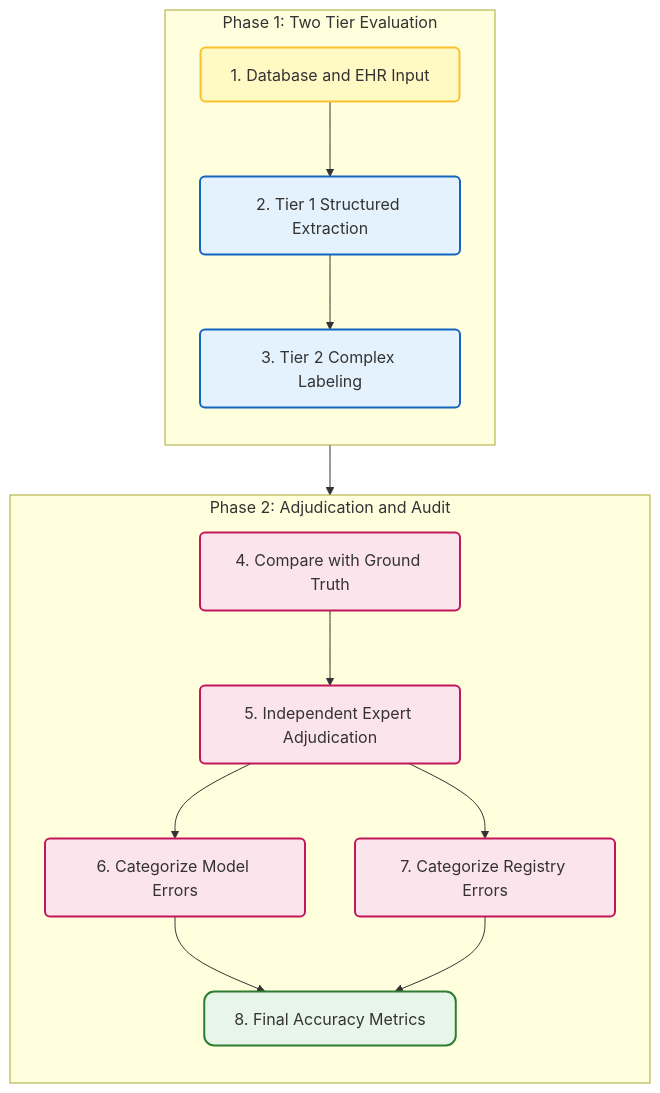
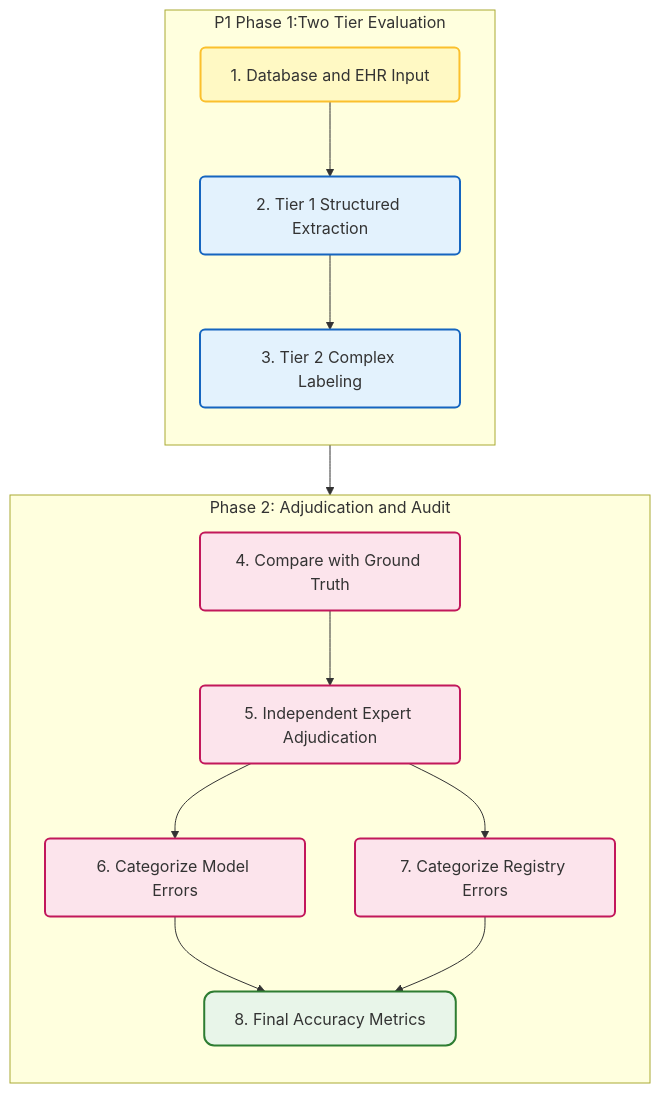
Before and after one commit to hhtrocket/HHT-Benchmark-dataset: the third of 6 diagrams in Literature Review/brief report 3.md, drawn with Mermaid.

Commit message:
Update brief report 3.md

````diff
--- a/Literature Review/brief report 3.md
+++ b/Literature Review/brief report 3.md
@@ -136,33 +136,33 @@
 ```mermaid
 graph TD
     classDef phase1 fill:#e3f2fd,stroke:#1565c0,stroke-width:2px,rx:5,ry:5;
     classDef phase2 fill:#fce4ec,stroke:#c2185b,stroke-width:2px,rx:5,ry:5;
     classDef input fill:#fff9c4,stroke:#fbc02d,stroke-width:2px,rx:5,ry:5;
     classDef report fill:#e8f5e9,stroke:#2e7d32,stroke-width:2px,rx:10,ry:10;
 
-    subgraph P1 ["Phase 1: Two Tier Evaluation"]
+    subgraph P1 Phase 1:Two Tier Evaluation
         direction TB
         N1["1. Database and EHR Input"]:::input
         N2["2. Tier 1 Structured Extraction"]:::phase1
         N3["3. Tier 2 Complex Labeling"]:::phase1
         
         N1 --> N2
         N2 --> N3
     end
 
     subgraph P2 ["Phase 2: Adjudication and Audit"]
         direction TB
         N4["4. Compare with Ground Truth"]:::phase2
         N5["5. Independent Expert Adjudication"]:::phase2
         N6["6. Categorize Model Errors"]:::phase2
         N7["7. Categorize Registry Errors"]:::phase2
         N8["8. Final Accuracy Metrics"]:::report
         
         N4 --> N5
         N5 --> N6
         N5 --> N7
         N6 & N7 --> N8
     end
 
     N3 --> N4
 ```
````
